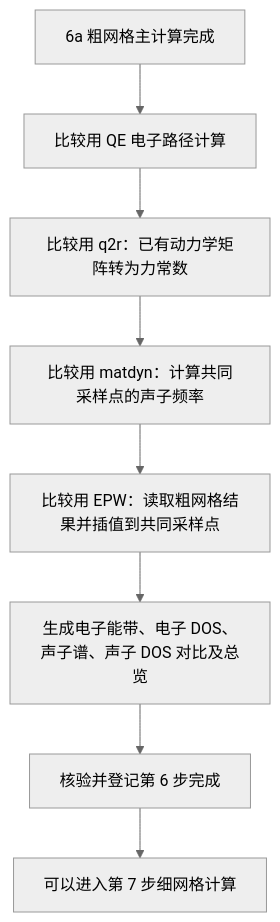
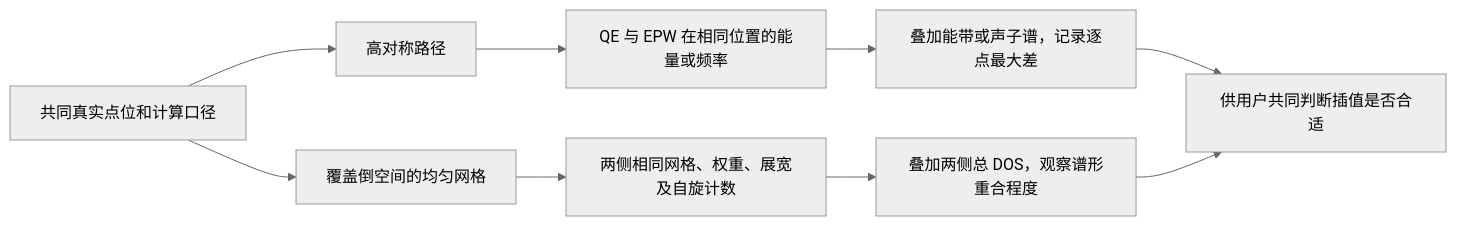
Before and after one commit to JLU-ICCMS-MaYuan/dftflow: the second of 2 diagrams in docs/overview/epwflow/workflow.md, drawn with Mermaid (neutral theme). The commit also changed other lines of this file and 46 other files, not shown here.

````diff
--- a/docs/overview/epwflow/workflow.md
+++ b/docs/overview/epwflow/workflow.md
@@ -41,10 +86,11 @@
 ```mermaid
-flowchart TD
-    C[6a 粗网格主计算完成] --> E[比较用 QE 电子路径计算]
-    E --> Q[比较用 q2r：已有动力学矩阵转为力常数]
-    Q --> M[比较用 matdyn：计算共同采样点的声子频率]
-    M --> P[比较用 EPW：读取粗网格结果并插值到共同采样点]
-    P --> T[生成电子能带、电子 DOS、声子谱、声子 DOS 对比及总览]
-    T --> V[核验并登记第 6 步完成]
-    V --> F[可以进入第 7 步细网格计算]
+flowchart LR
+    A[共同真实点位和计算口径] --> P[高对称路径]
+    A --> M[覆盖倒空间的均匀网格]
+    P --> Q[QE 与 EPW 在相同位置的能量或频率]
+    Q --> C[叠加能带或声子谱，记录逐点最大差]
+    M --> D[两侧相同网格、权重、展宽及自旋计数]
+    D --> T[叠加两侧总 DOS，观察谱形重合程度]
+    C --> R[供用户共同判断插值是否合适]
+    T --> R
 ```
````
